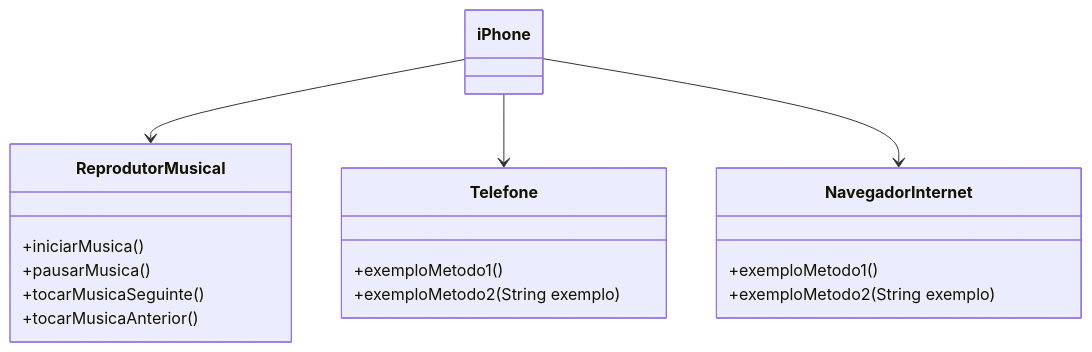
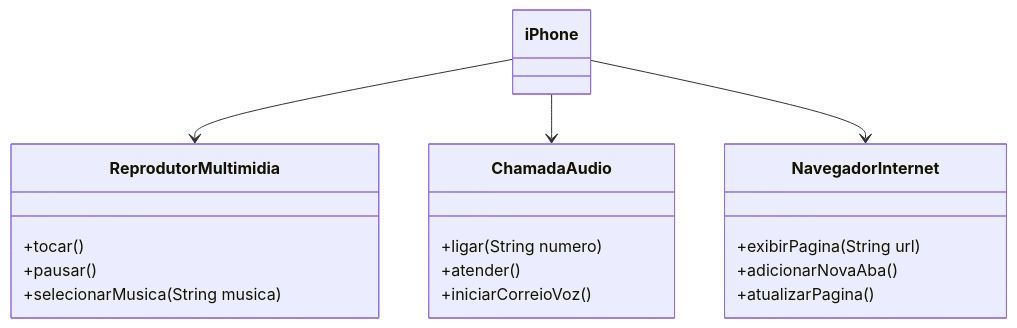
Before and after one commit to JaqueBRSilva/desafios-santander-2024-backend-java: the diagram in iphone-modeling-and-poo-java/README.md, drawn with Mermaid. The commit also changed other lines of this file and 1 other file, not shown here.

Commit message:
docs: atualização de métodos no diagrama

````diff
--- a/iphone-modeling-and-poo-java/README.md
+++ b/iphone-modeling-and-poo-java/README.md
@@ -13,28 +20,27 @@
 ```mermaid
 classDiagram
-
-    class ReprodutorMusical {
-        +iniciarMusica()
-        +pausarMusica()
-        +tocarMusicaSeguinte()
-        +tocarMusicaAnterior()
+    class ReprodutorMultimidia {
+        +tocar()
+        +pausar()
+        +selecionarMusica(String musica)
     }
 
-    class Telefone {
-        +exemploMetodo1()
-        +exemploMetodo2(String exemplo)
+    class ChamadaAudio {
+        +ligar(String numero)
+        +atender()
+        +iniciarCorreioVoz()
     }
 
     class NavegadorInternet {
-        +exemploMetodo1()
-        +exemploMetodo2(String exemplo)
+        +exibirPagina(String url)
+        +adicionarNovaAba()
+        +atualizarPagina()
     }
 
     class iPhone {
-        
     }
 
-    iPhone --> ReprodutorMusical
-    iPhone --> Telefone
+    iPhone --> ReprodutorMultimidia
+    iPhone --> ChamadaAudio
     iPhone --> NavegadorInternet
 ```
````
